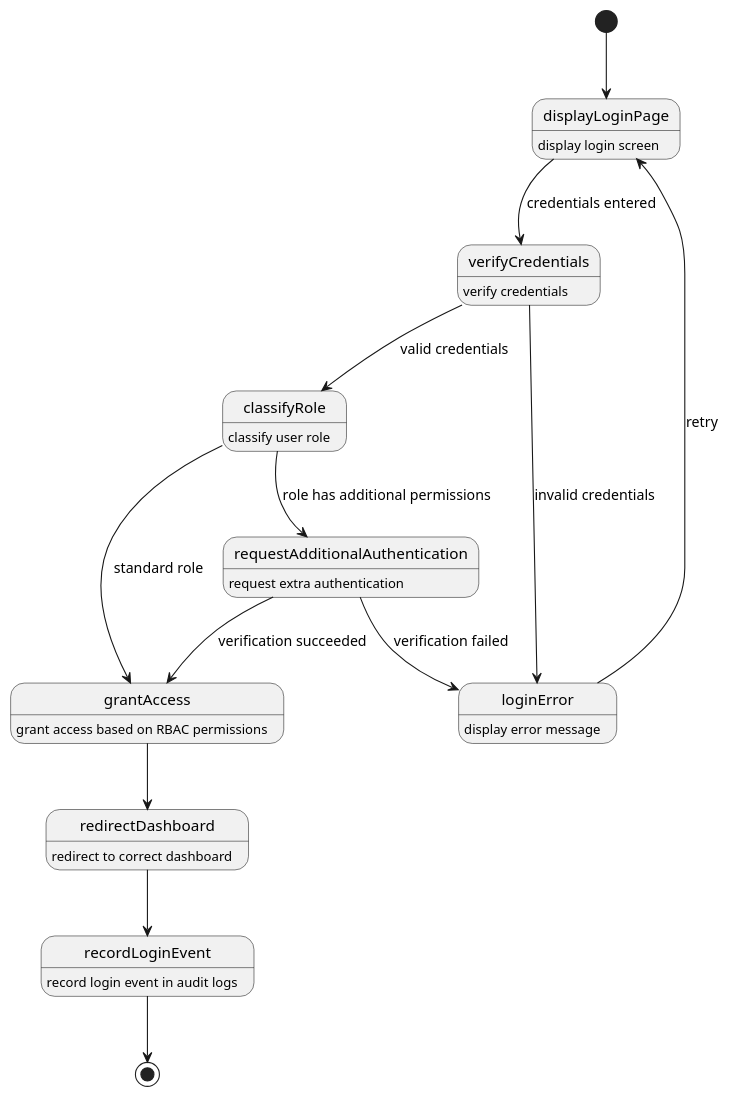
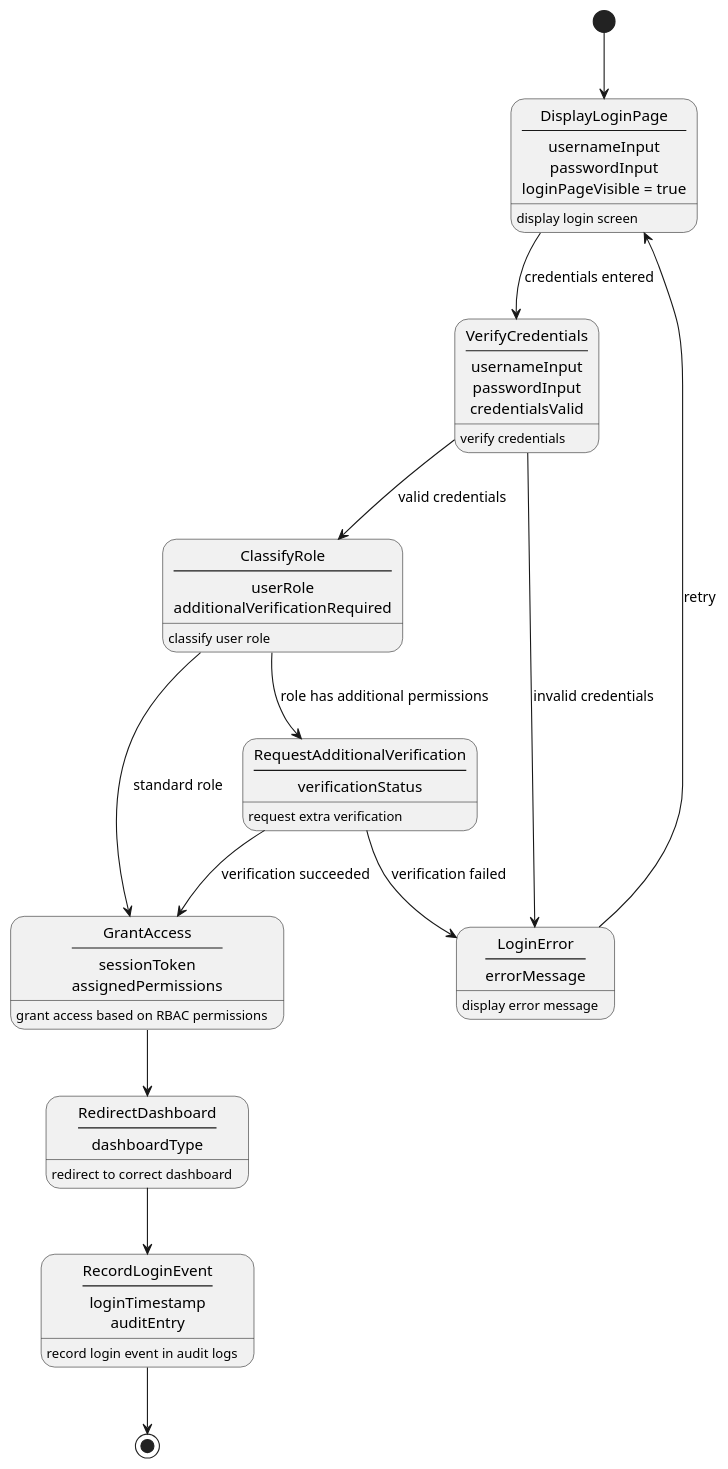
The diagram in docs/diagrams/plantuml/state/BE1_Login_StateChart.puml (harmanpreet-sagar/sfwreng-3a04-group6-t01-scemas), drawn with PlantUML before and after one commit. The commit also changed 1 other file, not shown here.

Commit message:
Changed state diagrams to reflect classes

```diff
--- a/docs/diagrams/plantuml/state/BE1_Login_StateChart.puml
+++ b/docs/diagrams/plantuml/state/BE1_Login_StateChart.puml
@@ -1,32 +1,39 @@
 @startuml BE1_Logins_StateChart
 hide empty description
 
+state "DisplayLoginPage\n----\nusernameInput\npasswordInput\nloginPageVisible = true" as displayLoginPage : display login screen
+
+state "VerifyCredentials\n----\nusernameInput\npasswordInput\ncredentialsValid" as verifyCredentials : verify credentials
+
+state "LoginError\n----\nerrorMessage" as loginError : display error message
+
+state "ClassifyRole\n----\nuserRole\nadditionalVerificationRequired" as classifyRole : classify user role
+
+state "RequestAdditionalVerification\n----\nverificationStatus" as requestAdditionalVerification : request extra verification
+
+state "GrantAccess\n----\nsessionToken\nassignedPermissions" as grantAccess : grant access based on RBAC permissions
+
+state "RedirectDashboard\n----\ndashboardType" as redirectDashboard : redirect to correct dashboard
+
+state "RecordLoginEvent\n----\nloginTimestamp\nauditEntry" as recordLoginEvent : record login event in audit logs
+
 [*] --> displayLoginPage
-displayLoginPage : display login screen
 
 displayLoginPage --> verifyCredentials : credentials entered
-verifyCredentials : verify credentials
 
 verifyCredentials --> loginError : invalid credentials
-loginError : display error message
 loginError --> displayLoginPage : retry
 
 verifyCredentials --> classifyRole : valid credentials
-classifyRole : classify user role
 
-classifyRole --> requestAdditionalAuthentication : role has additional permissions
-requestAdditionalAuthentication : request extra authentication
-requestAdditionalAuthentication --> loginError : verification failed
-requestAdditionalAuthentication --> grantAccess : verification succeeded
+classifyRole --> requestAdditionalVerification : role has additional permissions
+requestAdditionalVerification --> loginError : verification failed
+requestAdditionalVerification --> grantAccess : verification succeeded
 
 classifyRole --> grantAccess : standard role
-grantAccess : grant access based on RBAC permissions
 
 grantAccess --> redirectDashboard
-redirectDashboard : redirect to correct dashboard
+redirectDashboard --> recordLoginEvent
+recordLoginEvent --> [*]
 
-redirectDashboard --> recordLoginEvent
-recordLoginEvent : record login event in audit logs
-
-recordLoginEvent --> [*]
 @enduml
```
